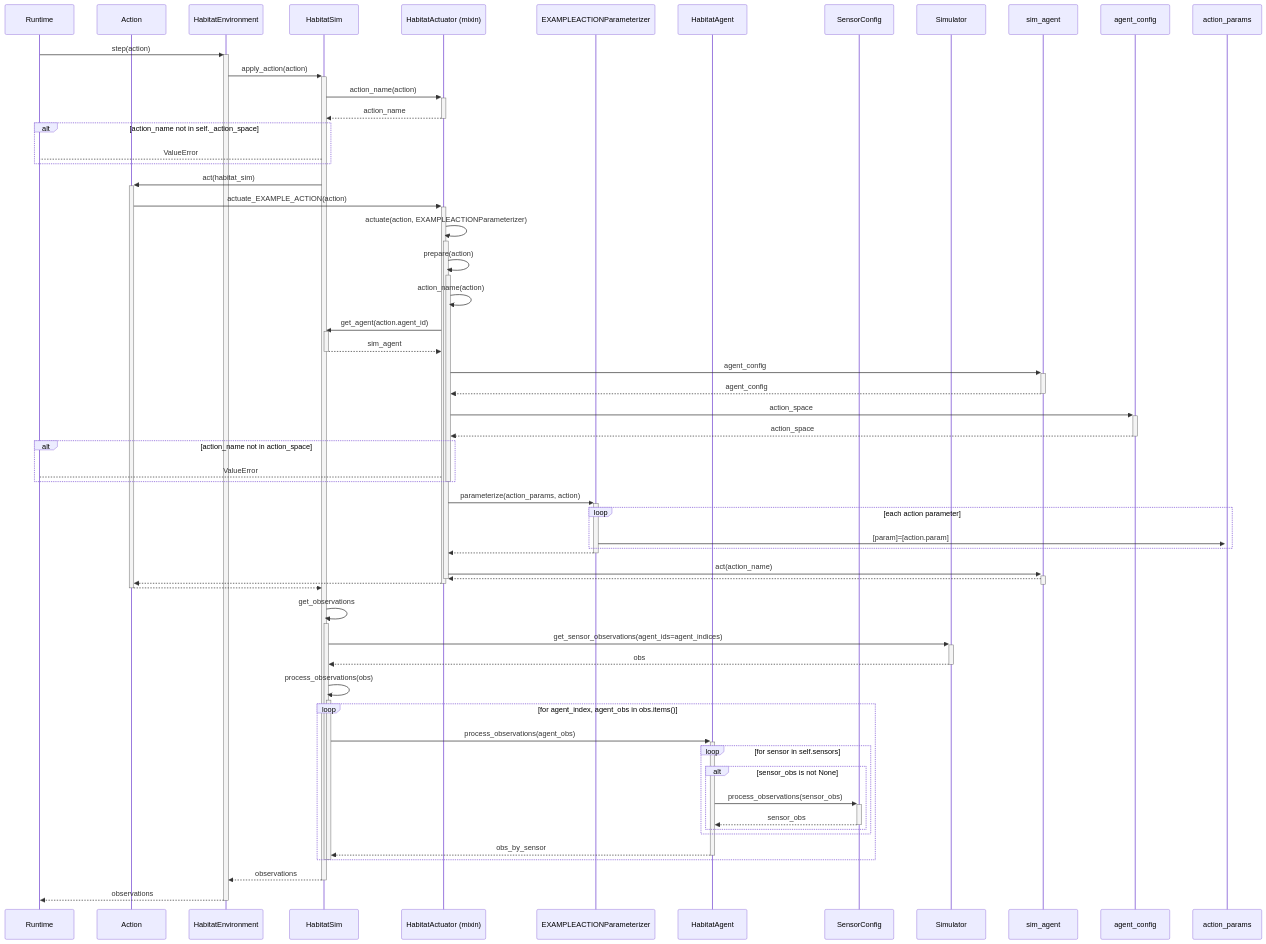
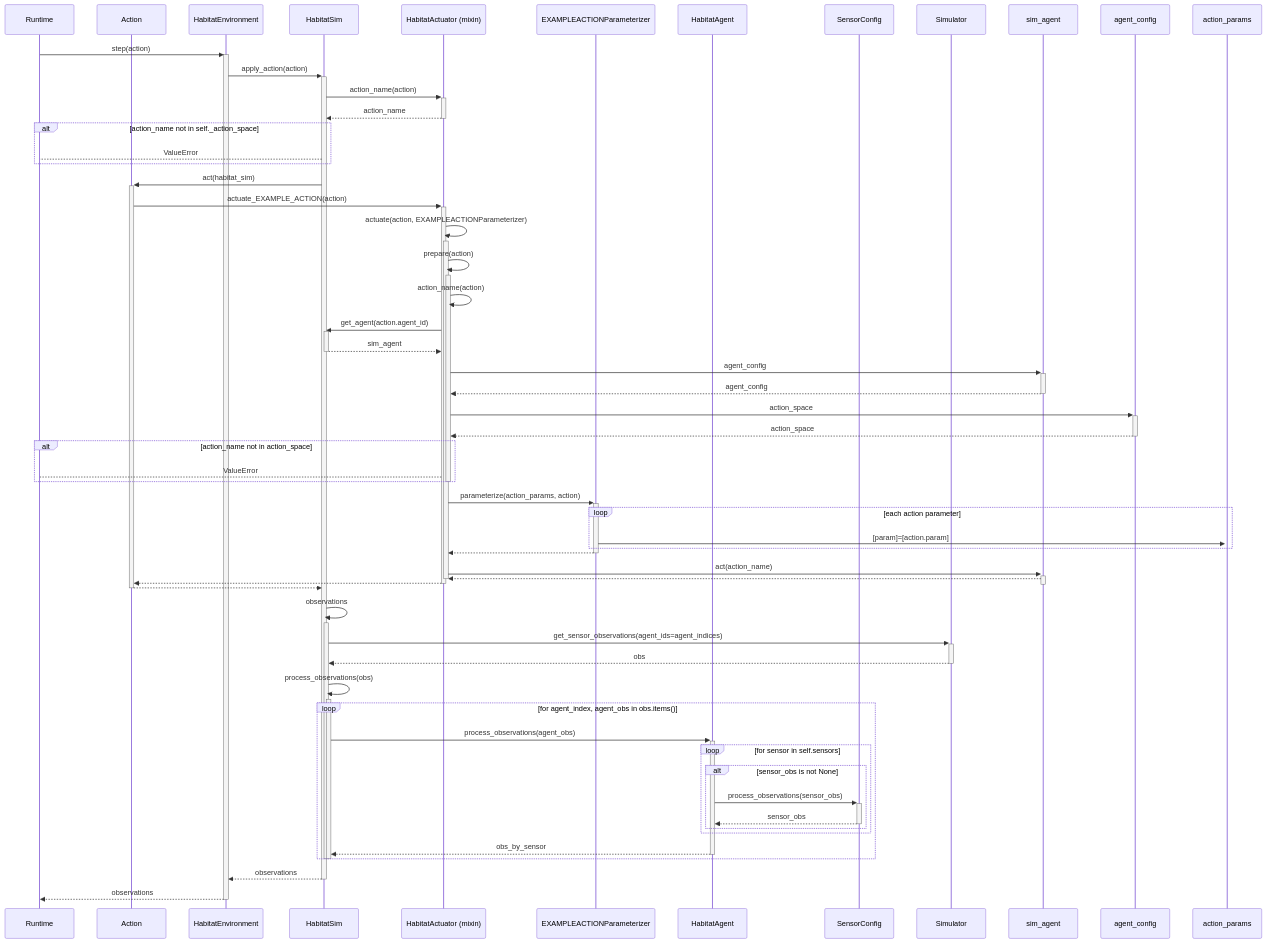
Before and after one commit to thousandbrainsproject/tbp.monty: the diagram in rfcs/0004_action_object/habitatenv_step_seq_diagram_desired.md, drawn with Mermaid. The commit also changed 3 other files, not shown here.

````diff
--- a/rfcs/0004_action_object/habitatenv_step_seq_diagram_desired.md
+++ b/rfcs/0004_action_object/habitatenv_step_seq_diagram_desired.md
@@ -1,68 +1,68 @@
 ```mermaid
 sequenceDiagram
     participant R as Runtime
     participant A as Action
     participant HE as HabitatEnvironment
     participant HS as HabitatSim
     participant HAct as HabitatActuator (mixin)
     participant HP as EXAMPLEACTIONParameterizer
     participant HA as HabitatAgent
     participant SC as SensorConfig
     participant S as Simulator
 
     R ->>+ HE : step(action)
     HE ->>+ HS : apply_action(action)
     HS ->>+ HAct : action_name(action)
     HAct -->>- HS : action_name
     alt action_name not in self._action_space
         HS --> R : ValueError
     end
     HS ->>+ A : act(habitat_sim)
     A ->>+ HAct : actuate_EXAMPLE_ACTION(action)
     HAct ->> HAct : actuate(action, EXAMPLEACTIONParameterizer)
     activate HAct
         HAct ->> HAct : prepare(action)
         activate HAct
             HAct ->> HAct : action_name(action)
             HAct ->>+ HS : get_agent(action.agent_id)
             HS -->>- HAct : sim_agent
             HAct ->>+ sim_agent : agent_config
             sim_agent -->>- HAct : agent_config
             HAct ->>+ agent_config : action_space
             agent_config -->>- HAct : action_space
             alt action_name not in action_space
                 HAct --> R : ValueError
             end
         deactivate HAct
         HAct ->>+ HP : parameterize(action_params, action)
             loop each action parameter
                 HP ->>+ action_params : [param]=[action.param]
             end
-        HP -->>- HAct : 
+        HP -->>- HAct :
         HAct ->>+ sim_agent : act(action_name)
-        sim_agent -->>- HAct : 
+        sim_agent -->>- HAct :
     deactivate HAct
 
-    HAct -->>- A : 
-    A -->>- HS : 
-    HS ->> HS : get_observations
+    HAct -->>- A :
+    A -->>- HS :
+    HS ->> HS : observations
     activate HS
         HS ->>+ S : get_sensor_observations(agent_ids=agent_indices)
         S -->>- HS : obs
         HS ->> HS : process_observations(obs)
         activate HS
             loop for agent_index, agent_obs in obs.items()
                 HS ->>+ HA : process_observations(agent_obs)
                 loop for sensor in self.sensors
                     alt sensor_obs is not None
                         HA ->>+ SC : process_observations(sensor_obs)
                         SC -->>- HA : sensor_obs
                     end
                 end
                 HA -->>- HS : obs_by_sensor
             end
         deactivate HS
     deactivate HS
     HS -->>- HE : observations
     HE -->>- R : observations
 ```
````
